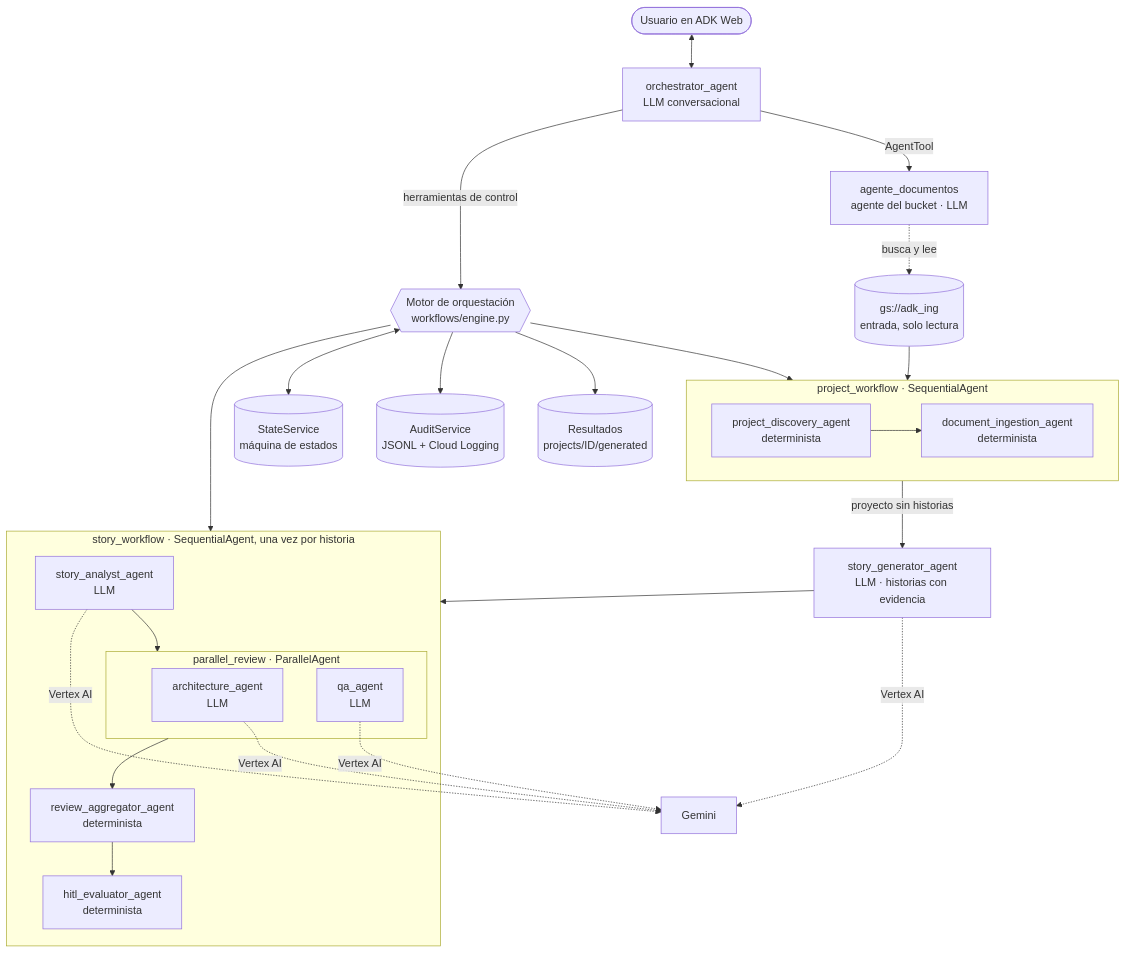
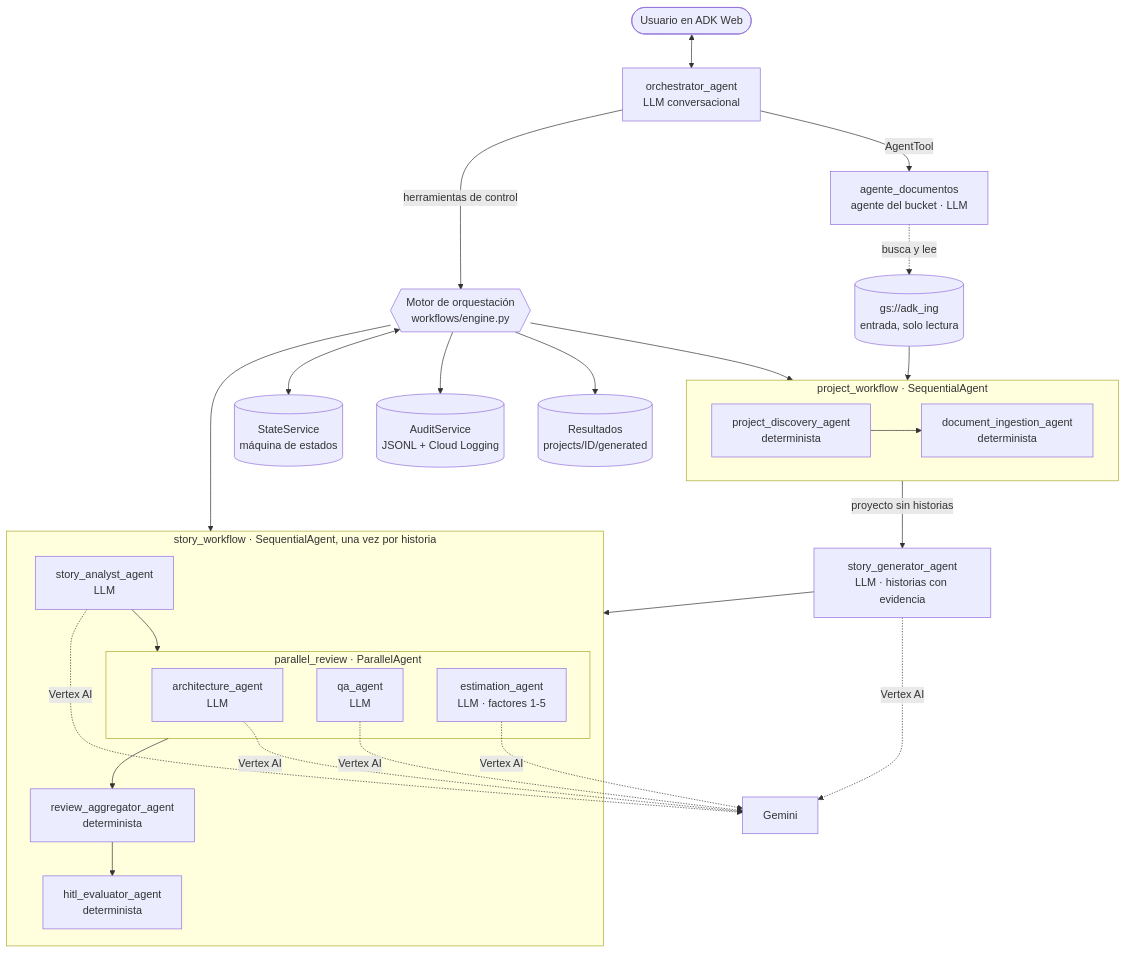
Before and after one commit to germanavila09/INGENIER-A-DE-SOFTWARE-AUMENTADA-CON-INTELIGENCIA-ARTIFICIAL: the first of 5 diagrams in docs/ARQUITECTURA.md, drawn with Mermaid. The commit also changed other lines of this file and 4 other files, not shown here.

````diff
--- a/docs/ARQUITECTURA.md
+++ b/docs/ARQUITECTURA.md
@@ -10,31 +10,32 @@
 ```mermaid
 flowchart TB
     U([Usuario en ADK Web]) <--> O[orchestrator_agent<br/>LLM conversacional]
     O -- herramientas de control --> E{{Motor de orquestación<br/>workflows/engine.py}}
     O -- AgentTool --> BA[agente_documentos<br/>agente del bucket · LLM]
     BA -. busca y lee .-> IN
 
     subgraph PW[project_workflow · SequentialAgent]
         D[project_discovery_agent<br/>determinista] --> I[document_ingestion_agent<br/>determinista]
     end
     PW -- proyecto sin historias --> GEN[story_generator_agent<br/>LLM · historias con evidencia]
 
     subgraph SW[story_workflow · SequentialAgent, una vez por historia]
         A[story_analyst_agent<br/>LLM] --> P
         subgraph P[parallel_review · ParallelAgent]
             AR[architecture_agent<br/>LLM]
             QA[qa_agent<br/>LLM]
+            ES[estimation_agent<br/>LLM · factores 1-5]
         end
         P --> AG[review_aggregator_agent<br/>determinista]
         AG --> H[hitl_evaluator_agent<br/>determinista]
     end
 
     E --> PW
     E --> SW
     E <--> ST[(StateService<br/>máquina de estados)]
     E --> AU[(AuditService<br/>JSONL + Cloud Logging)]
     E --> RS[(Resultados<br/>projects/ID/generated)]
     IN[(gs://adk_ing<br/>entrada, solo lectura)] --> PW
     GEN --> SW
-    A & AR & QA & GEN -. Vertex AI .-> G[Gemini]
+    A & AR & QA & ES & GEN -. Vertex AI .-> G[Gemini]
 ```
````
